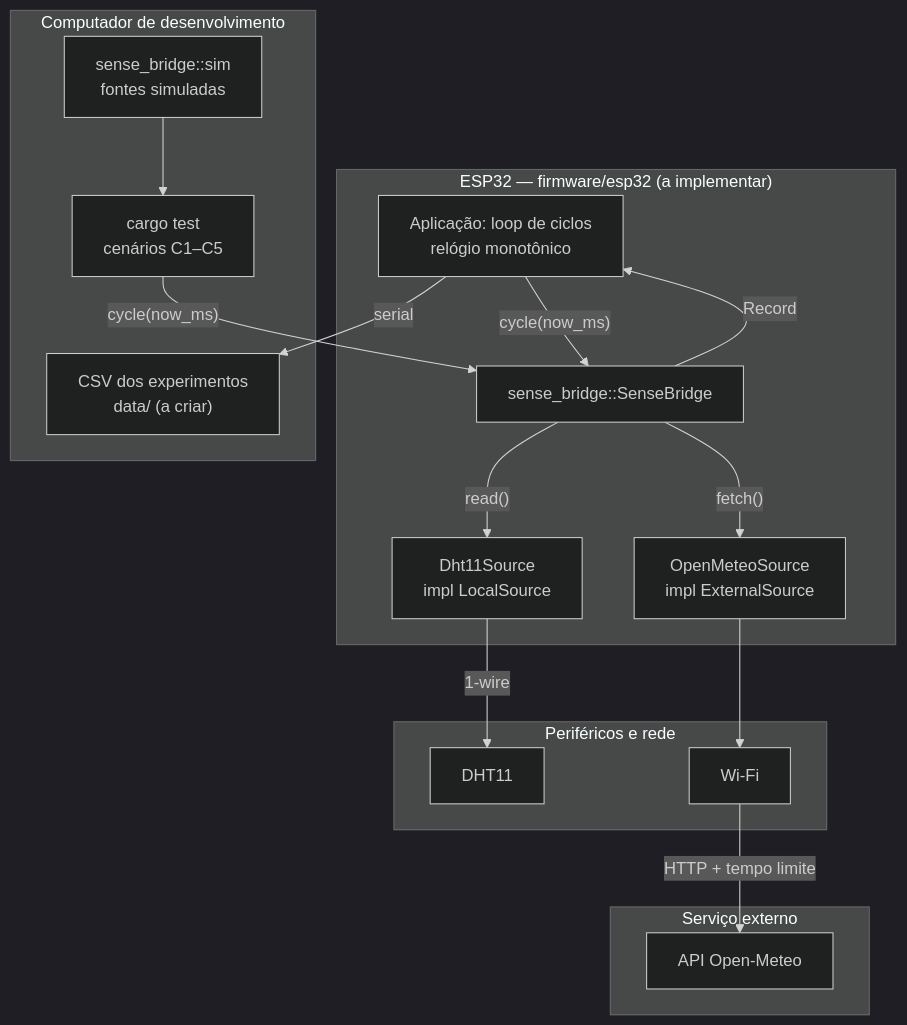
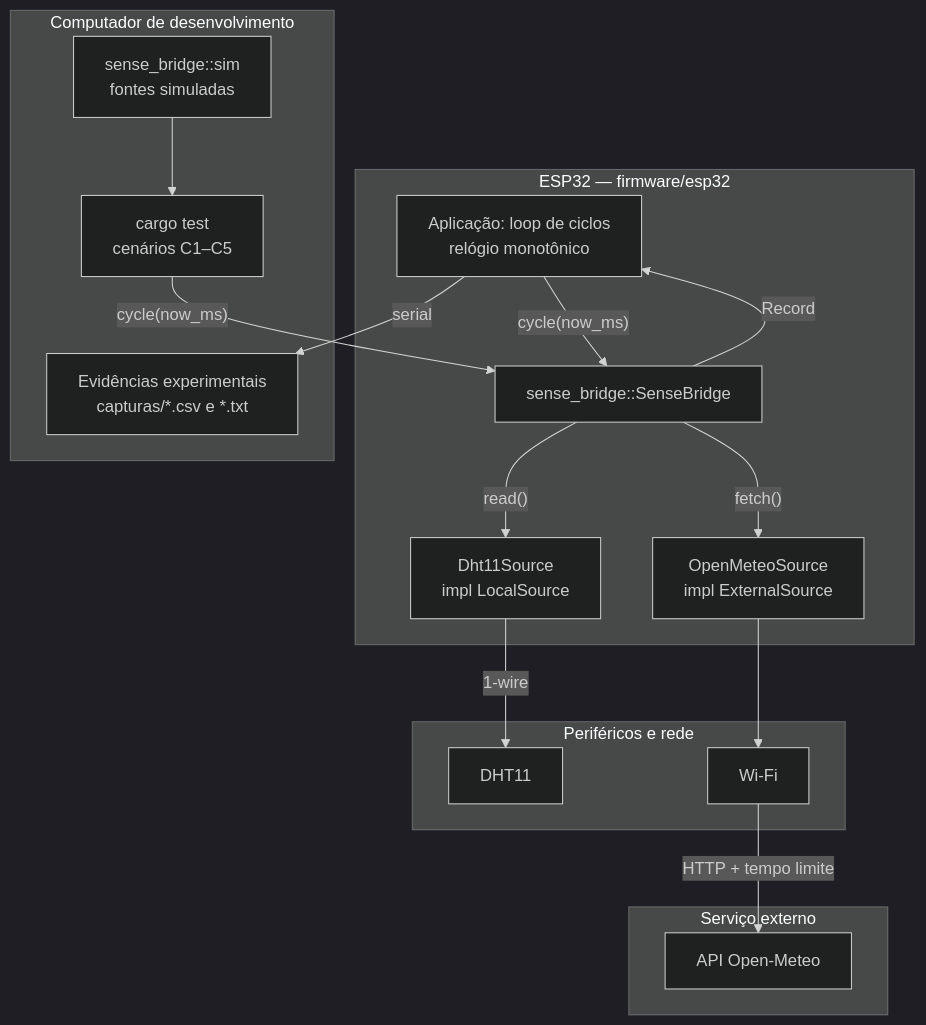
The first of 2 diagrams in docs/02-arch.md (msc-sed-ufrr/SenseBridge), drawn with Mermaid (dark theme) before and after one commit. The commit also changed other lines of this file, not shown here.

Commit message:
docs: update architecture to current implementation

````diff
--- a/docs/02-arch.md
+++ b/docs/02-arch.md
@@ -33,35 +34,35 @@
 ```mermaid
 flowchart TD
-    subgraph board["ESP32 — firmware/esp32 (a implementar)"]
+    subgraph board["ESP32 — firmware/esp32"]
         App["Aplicação: loop de ciclos<br/>relógio monotônico"]
         Dht["Dht11Source<br/>impl LocalSource"]
         Meteo["OpenMeteoSource<br/>impl ExternalSource"]
         Bridge["sense_bridge::SenseBridge"]
     end
 
     subgraph periph["Periféricos e rede"]
         DHT11["DHT11"]
         WIFI["Wi-Fi"]
     end
 
     subgraph ext["Serviço externo"]
         OM["API Open-Meteo"]
     end
 
     subgraph host["Computador de desenvolvimento"]
         Tests["cargo test<br/>cenários C1–C5"]
         Sim["sense_bridge::sim<br/>fontes simuladas"]
-        CSV["CSV dos experimentos<br/>data/ (a criar)"]
+        CSV["Evidências experimentais<br/>capturas/*.csv e *.txt"]
     end
 
     App -->|"cycle(now_ms)"| Bridge
     Bridge -->|"Record"| App
     Bridge -->|"read()"| Dht
     Bridge -->|"fetch()"| Meteo
     Dht -->|"1-wire"| DHT11
     Meteo --> WIFI
     WIFI -->|"HTTP + tempo limite"| OM
     App -->|"serial"| CSV
     Sim --> Tests
     Tests -->|"cycle(now_ms)"| Bridge
 ```
````
